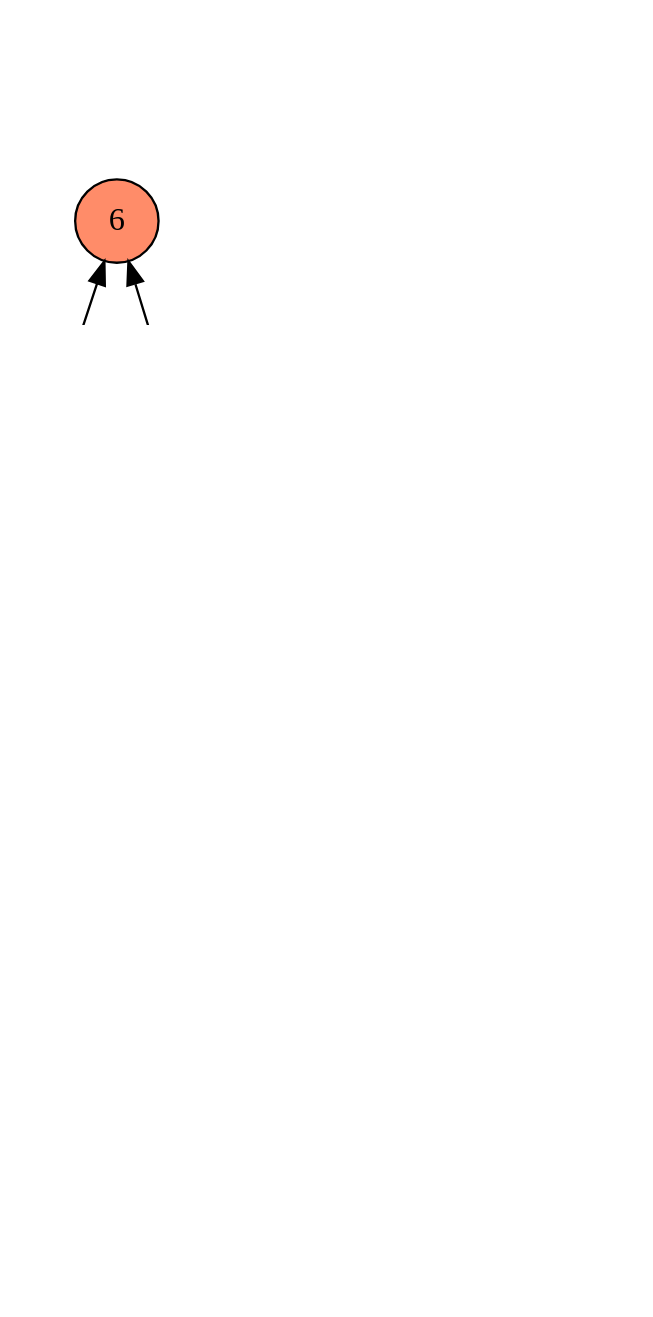
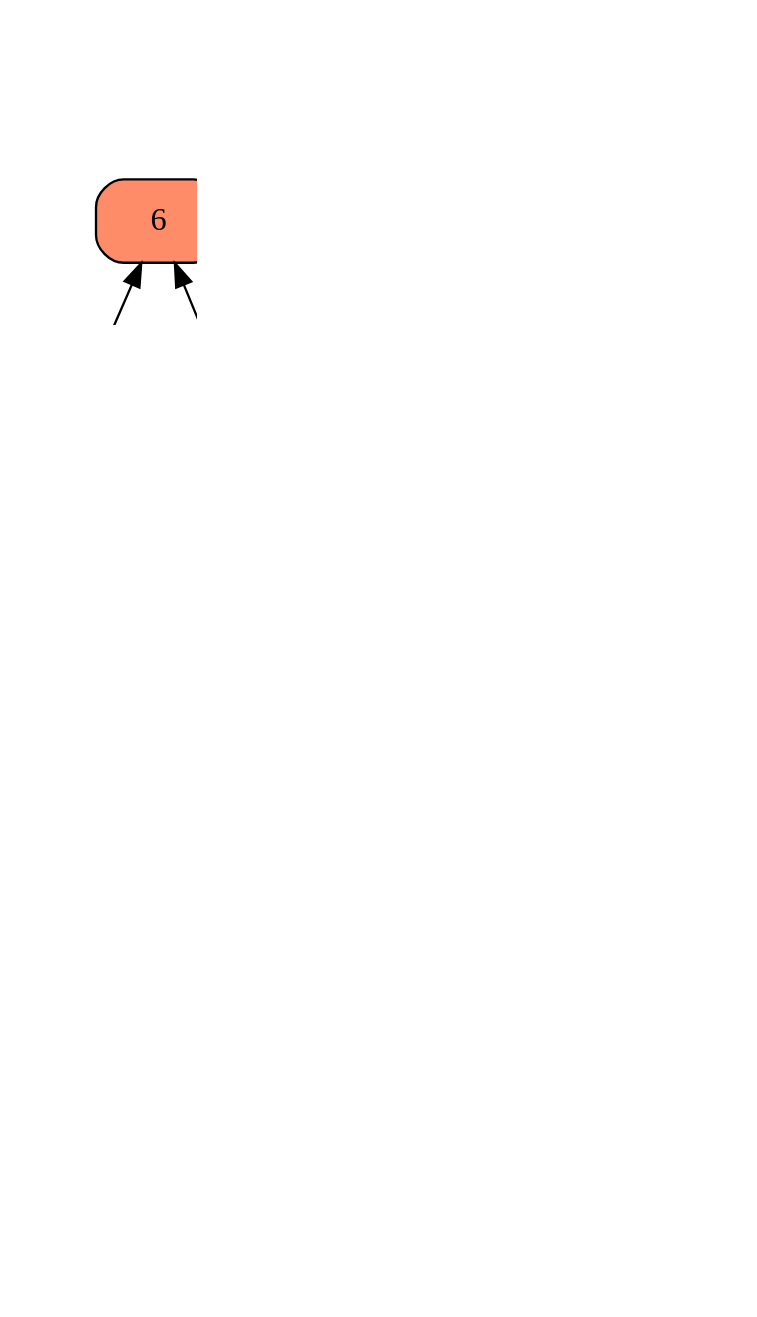
Before and after one commit to basictask/Intelligencia: the diagram in 1_git_dok/doc/graphs/git_20.dot, drawn with Graphviz. The commit also changed 48 other files, not shown here.

```diff
--- a/1_git_dok/doc/graphs/git_20.dot
+++ b/1_git_dok/doc/graphs/git_20.dot
@@ -1,46 +1,46 @@
 digraph git {
     graph [dpi=300]
     rankdir="BT"
 
-    c1_1 [label="1", shape="circle", style="filled", fillcolor="gold"]
-    c2_1 [label="2", shape="circle", style="filled", fillcolor="gold"]
-    c3_1 [label="3", shape="circle", style="filled", fillcolor="gold"]
-    c4_1 [label="4", shape="circle", style="filled", fillcolor="gold"]
-    c5_1 [label="5", shape="circle", style="filled", fillcolor="gold"]
-    c6_1 [label="6", shape="circle", style="filled", fillcolor="salmon1"]
-    ca_1 [label="A", shape="circle", style="filled", fillcolor="lightgreen"]
-    cb_1 [label="B", shape="circle", style="filled", fillcolor="lightgreen"]
-    cc_1 [label="C", shape="circle", style="filled", fillcolor="lightgreen"]
+    c1_1 [label="1", shape="rect", style="filled, rounded", fillcolor="gold"]
+    c2_1 [label="2", shape="rect", style="filled, rounded", fillcolor="gold"]
+    c3_1 [label="3", shape="rect", style="filled, rounded", fillcolor="gold"]
+    c4_1 [label="4", shape="rect", style="filled, rounded", fillcolor="gold"]
+    c5_1 [label="5", shape="rect", style="filled, rounded", fillcolor="gold"]
+    c6_1 [label="6", shape="rect", style="filled, rounded", fillcolor="salmon1"]
+    ca_1 [label="A", shape="rect", style="filled, rounded", fillcolor="lightgreen"]
+    cb_1 [label="B", shape="rect", style="filled, rounded", fillcolor="lightgreen"]
+    cc_1 [label="C", shape="rect", style="filled, rounded", fillcolor="lightgreen"]
 
     c1_1 -> c2_1
     c2_1 -> c3_1
     c3_1 -> c4_1
     c4_1 -> c5_1
     c5_1 -> c6_1
     ca_1 -> cb_1
     cb_1 -> cc_1
 
     c2_1 -> ca_1 [label="Ág létrehozása"]
     cc_1 -> c6_1 [label="Összefésülés"]
 
-    c1_2 [label="1", shape="circle", style="filled", fillcolor="gold"]
-    c2_2 [label="2", shape="circle", style="filled", fillcolor="gold"]
-    c3_2 [label="3", shape="circle", style="filled", fillcolor="gold"]
-    c4_2 [label="4", shape="circle", style="filled", fillcolor="gold"]
-    c5_2 [label="5", shape="circle", style="filled", fillcolor="gold"]
-    ca_2 [label="A", shape="circle", style="filled", fillcolor="lightgreen"]
-    cb_2 [label="B", shape="circle", style="filled", fillcolor="lightgreen"]
-    cc_2 [label="C", shape="circle", style="filled", fillcolor="lightgreen"]
+    c1_2 [label="1", shape="rect", style="filled, rounded", fillcolor="gold"]
+    c2_2 [label="2", shape="rect", style="filled, rounded", fillcolor="gold"]
+    c3_2 [label="3", shape="rect", style="filled, rounded", fillcolor="gold"]
+    c4_2 [label="4", shape="rect", style="filled, rounded", fillcolor="gold"]
+    c5_2 [label="5", shape="rect", style="filled, rounded", fillcolor="gold"]
+    ca_2 [label="A", shape="rect", style="filled, rounded", fillcolor="lightgreen"]
+    cb_2 [label="B", shape="rect", style="filled, rounded", fillcolor="lightgreen"]
+    cc_2 [label="C", shape="rect", style="filled, rounded", fillcolor="lightgreen"]
 
     c1_2 -> c2_2 -> c3_2 -> c4_2 -> c5_2 -> ca_2 -> cb_2 -> cc_2
 
     cb_1 -> temp1 [style="invis", minlen=0]
-    temp1 -> temp2 [minlen=3]
+    temp1 -> temp2 [minlen=3, style="dashed"]
     temp2 ->  c5_2 [style="invis"]
 
     temp1 [shape="plaintext", label="", width=0]
     temp2 [shape="plaintext", label="", width=0]
 
     {rank="same"; c4_1; cb_1; temp1; temp2 c5_2}
 
 }
```
